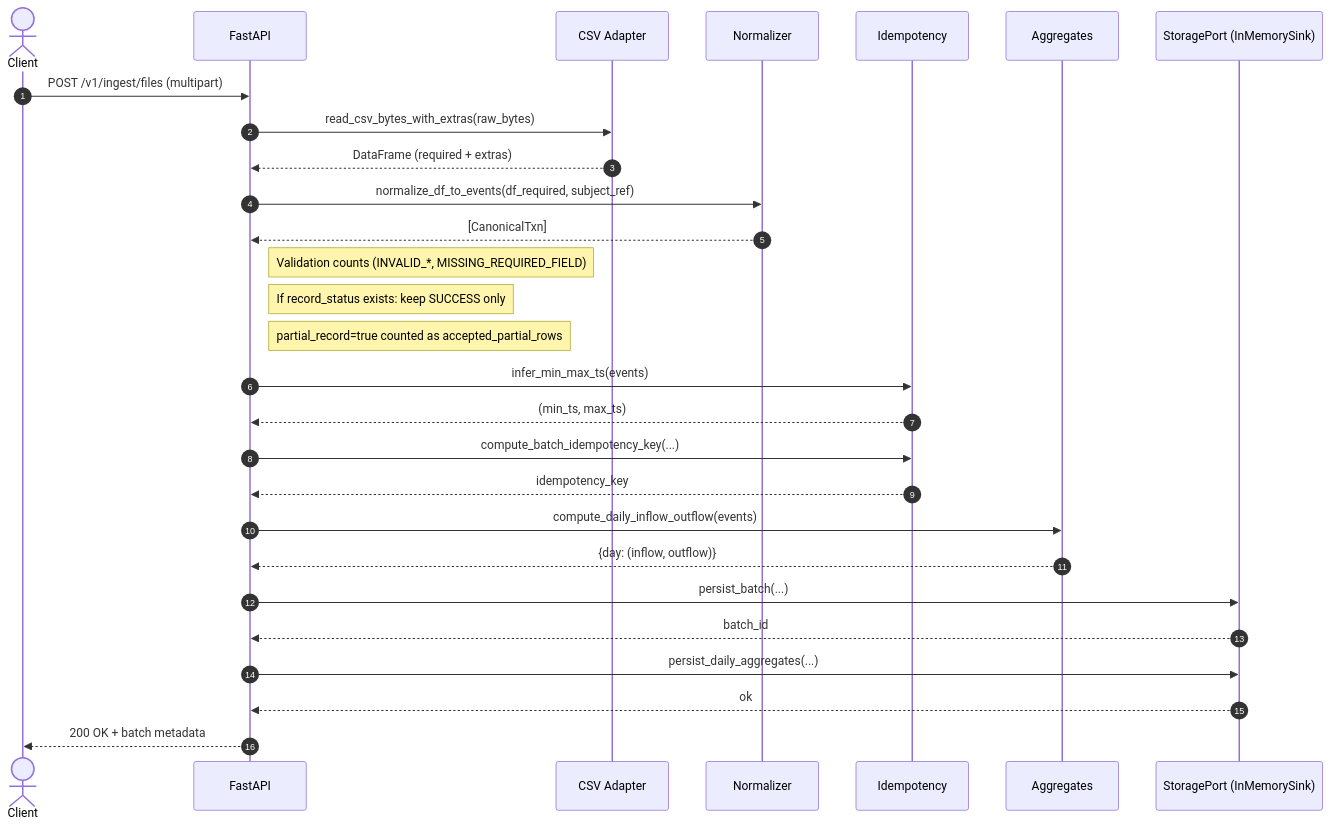
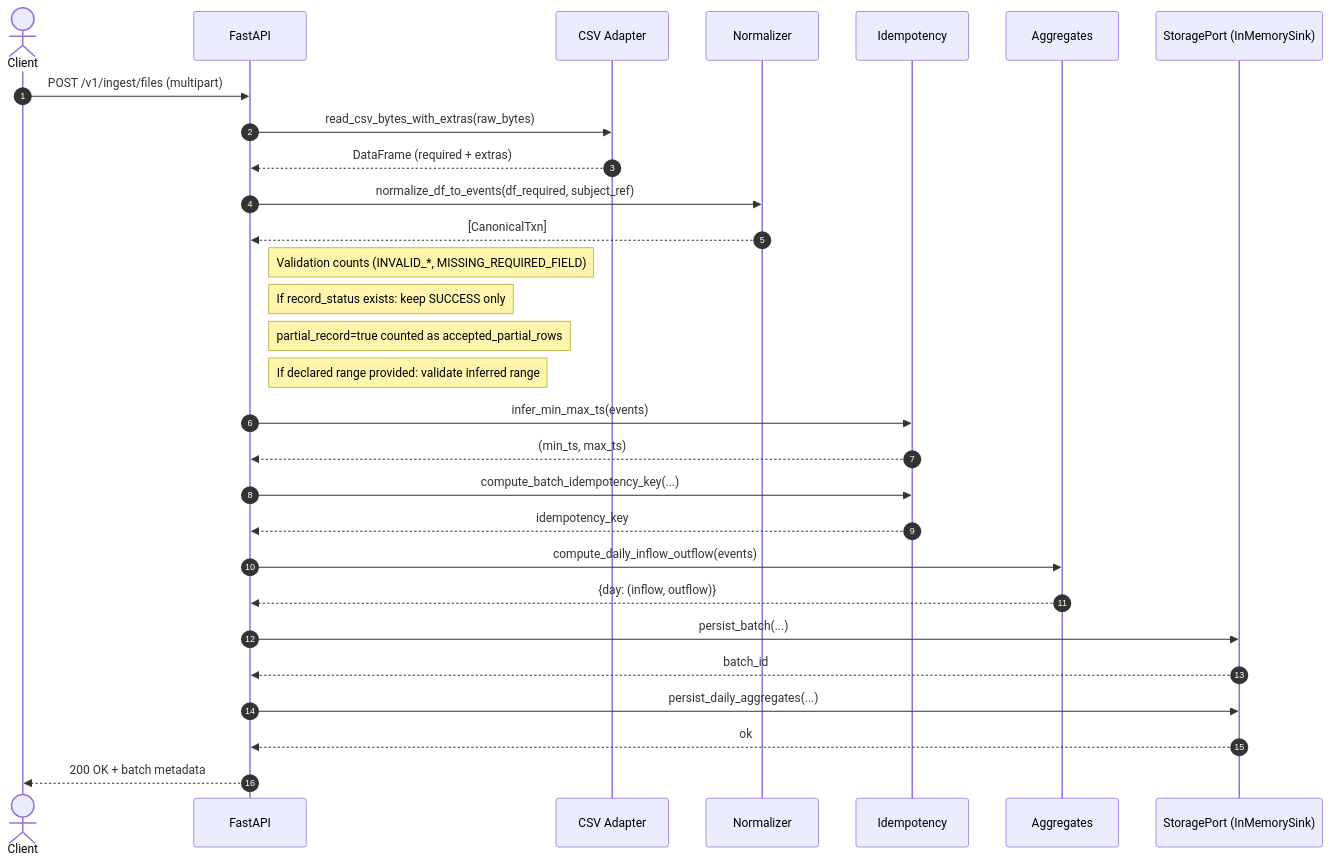
Before and after one commit to shashankcheema/cash-lending: the first of 3 diagrams in cashflow_ingest/docs/architecture.md, drawn with Mermaid. The commit also changed other lines of this file and 2 other files, not shown here.

````diff
--- a/cashflow_ingest/docs/architecture.md
+++ b/cashflow_ingest/docs/architecture.md
@@ -31,31 +31,32 @@
 ```mermaid
 sequenceDiagram
     autonumber
     actor Client
     participant API as FastAPI
     participant CSV as CSV Adapter
     participant Norm as Normalizer
     participant Idem as Idempotency
     participant Agg as Aggregates
     participant Store as StoragePort (InMemorySink)
 
     Client->>API: POST /v1/ingest/files (multipart)
     API->>CSV: read_csv_bytes_with_extras(raw_bytes)
     CSV-->>API: DataFrame (required + extras)
     API->>Norm: normalize_df_to_events(df_required, subject_ref)
     Norm-->>API: [CanonicalTxn]
     Note right of API: Validation counts (INVALID_*, MISSING_REQUIRED_FIELD)
     Note right of API: If record_status exists: keep SUCCESS only
     Note right of API: partial_record=true counted as accepted_partial_rows
+    Note right of API: If declared range provided: validate inferred range
     API->>Idem: infer_min_max_ts(events)
     Idem-->>API: (min_ts, max_ts)
     API->>Idem: compute_batch_idempotency_key(...)
     Idem-->>API: idempotency_key
     API->>Agg: compute_daily_inflow_outflow(events)
     Agg-->>API: {day: (inflow, outflow)}
     API->>Store: persist_batch(...)
     Store-->>API: batch_id
     API->>Store: persist_daily_aggregates(...)
     Store-->>API: ok
     API-->>Client: 200 OK + batch metadata
 ```
````
